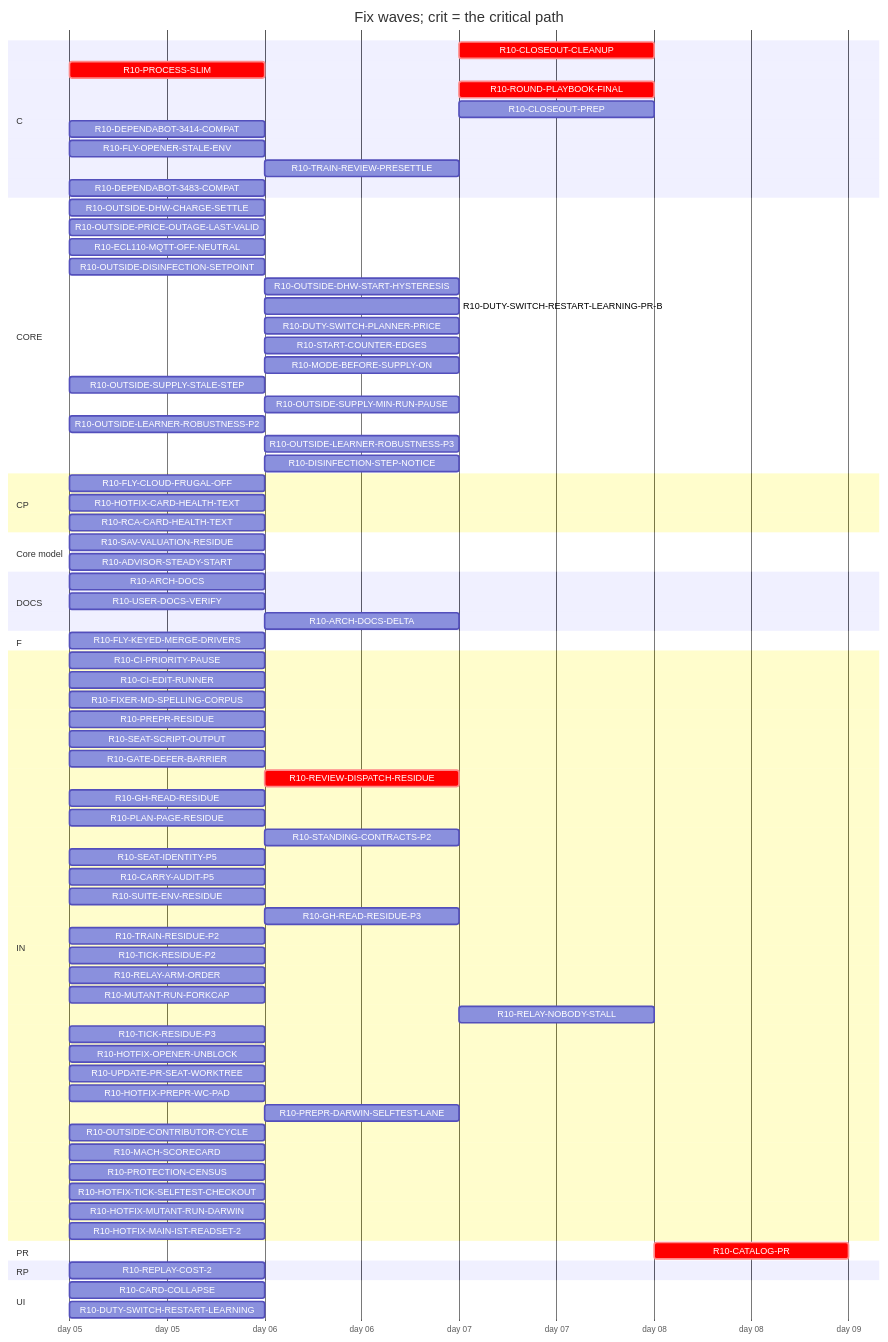
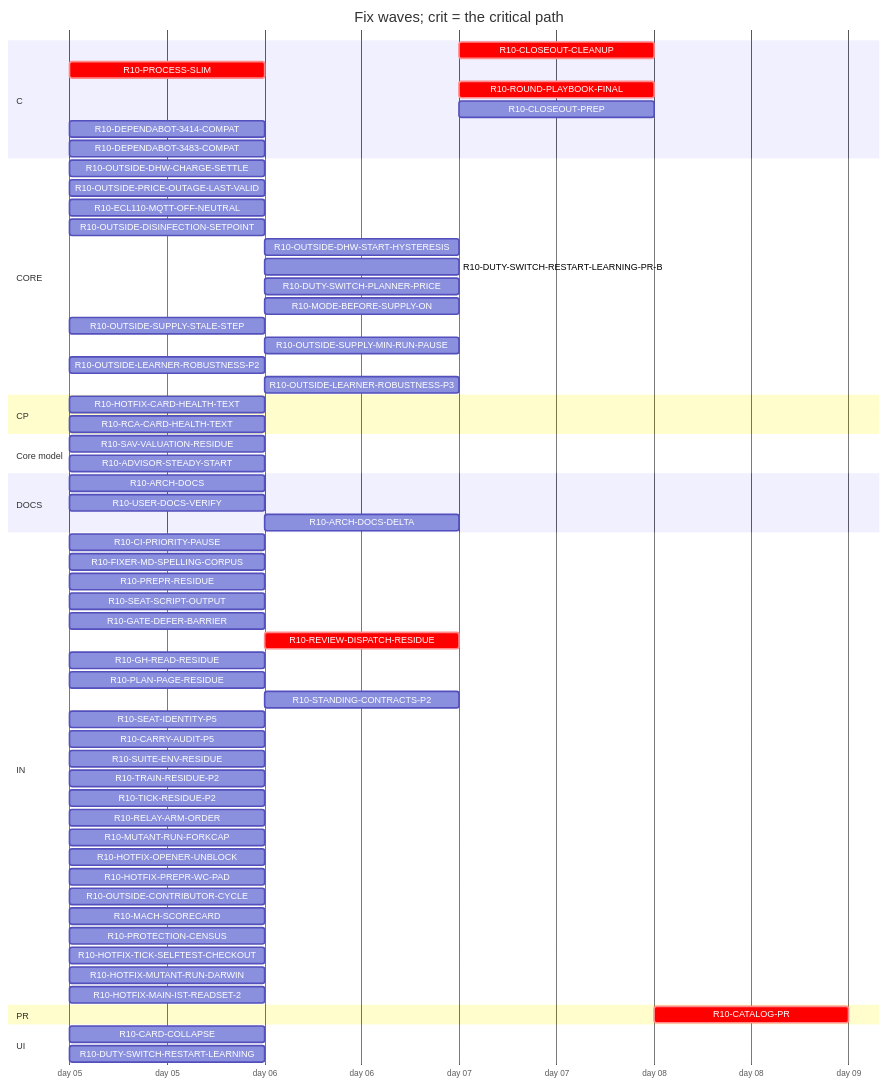
The diagram in handoff/round10/state/PLAN-TABLE.md (tvofi/heatpump_optimizer), drawn with Mermaid before and after one commit. The commit also changed other lines of this file and 3 other files, not shown here.

Commit message:
state: FLOW-BOARD.md, NEXT-SESSION-PROMPT.md, PLAN-TABLE.md, RESUME-CURRENT.md regenerated (state_docs.py)

````diff
--- a/handoff/round10/state/PLAN-TABLE.md
+++ b/handoff/round10/state/PLAN-TABLE.md
@@ -23,81 +21,66 @@
 ```mermaid
 gantt
   title Fix waves; crit = the critical path
   dateFormat YYYY-MM-DD
   axisFormat day %d
   section C
     R10-CLOSEOUT-CLEANUP :crit, r10CLOSEOUTCLEANUP, after r10ARCHDOCS r10USERDOCSVERIFY r10ROUNDPLAYBOOKFINAL r10CLOSEOUTPREP r10ARCHDOCSDELTA, 1d
     R10-PROCESS-SLIM :crit, r10PROCESSSLIM, 2026-01-05, 1d
     R10-ROUND-PLAYBOOK-FINAL :crit, r10ROUNDPLAYBOOKFINAL, after r10PROCESSSLIM r10FIXERMDSPELLINGCORPUS r10PREPRRESIDUE r10SEATSCRIPTOUTPUT r10REVIEWDISPATCHRESIDUE r10CARRYAUDITP5 r10SEATIDENTITYP5 r10STANDINGCONTRACTSP2 r10PLANPAGERESIDUE r10GHREADRESIDUE r10SUITEENVRESIDUE r10GATEDEFERBARRIER, 1d
     R10-CLOSEOUT-PREP :r10CLOSEOUTPREP, after r10ARCHDOCS r10PROCESSSLIM r10FIXERMDSPELLINGCORPUS r10PREPRRESIDUE r10SEATSCRIPTOUTPUT r10REVIEWDISPATCHRESIDUE r10CARRYAUDITP5 r10SEATIDENTITYP5 r10STANDINGCONTRACTSP2 r10PLANPAGERESIDUE r10GHREADRESIDUE r10SUITEENVRESIDUE r10GATEDEFERBARRIER, 1d
     R10-DEPENDABOT-3414-COMPAT :r10DEPENDABOT3414COMPAT, 2026-01-05, 1d
-    R10-FLY-OPENER-STALE-ENV :r10FLYOPENERSTALEENV, 2026-01-05, 1d
-    R10-TRAIN-REVIEW-PRESETTLE :r10TRAINREVIEWPRESETTLE, after r10TRAINRESIDUEP2, 1d
     R10-DEPENDABOT-3483-COMPAT :r10DEPENDABOT3483COMPAT, 2026-01-05, 1d
   section CORE
     R10-OUTSIDE-DHW-CHARGE-SETTLE :r10OUTSIDEDHWCHARGESETTLE, 2026-01-05, 1d
     R10-OUTSIDE-PRICE-OUTAGE-LAST-VALID :r10OUTSIDEPRICEOUTAGELASTVALID, 2026-01-05, 1d
     R10-ECL110-MQTT-OFF-NEUTRAL :r10ECL110MQTTOFFNEUTRAL, 2026-01-05, 1d
     R10-OUTSIDE-DISINFECTION-SETPOINT :r10OUTSIDEDISINFECTIONSETPOINT, 2026-01-05, 1d
     R10-OUTSIDE-DHW-START-HYSTERESIS :r10OUTSIDEDHWSTARTHYSTERESIS, after r10OUTSIDEDISINFECTIONSETPOINT, 1d
     R10-DUTY-SWITCH-RESTART-LEARNING-PR-B :r10DUTYSWITCHRESTARTLEARNINGPRB, after r10DUTYSWITCHRESTARTLEARNING, 1d
     R10-DUTY-SWITCH-PLANNER-PRICE :r10DUTYSWITCHPLANNERPRICE, after r10DUTYSWITCHRESTARTLEARNING, 1d
-    R10-START-COUNTER-EDGES :r10STARTCOUNTEREDGES, after r10DUTYSWITCHRESTARTLEARNING, 1d
     R10-MODE-BEFORE-SUPPLY-ON :r10MODEBEFORESUPPLYON, after r10DUTYSWITCHRESTARTLEARNING, 1d
     R10-OUTSIDE-SUPPLY-STALE-STEP :r10OUTSIDESUPPLYSTALESTEP, 2026-01-05, 1d
     R10-OUTSIDE-SUPPLY-MIN-RUN-PAUSE :r10OUTSIDESUPPLYMINRUNPAUSE, after r10OUTSIDESUPPLYSTALESTEP, 1d
     R10-OUTSIDE-LEARNER-ROBUSTNESS-P2 :r10OUTSIDELEARNERROBUSTNESSP2, 2026-01-05, 1d
     R10-OUTSIDE-LEARNER-ROBUSTNESS-P3 :r10OUTSIDELEARNERROBUSTNESSP3, after r10OUTSIDELEARNERROBUSTNESSP2, 1d
-    R10-DISINFECTION-STEP-NOTICE :r10DISINFECTIONSTEPNOTICE, after r10OUTSIDEDISINFECTIONSETPOINT, 1d
   section CP
-    R10-FLY-CLOUD-FRUGAL-OFF :r10FLYCLOUDFRUGALOFF, 2026-01-05, 1d
     R10-HOTFIX-CARD-HEALTH-TEXT :r10HOTFIXCARDHEALTHTEXT, 2026-01-05, 1d
     R10-RCA-CARD-HEALTH-TEXT :r10RCACARDHEALTHTEXT, 2026-01-05, 1d
   section Core model
     R10-SAV-VALUATION-RESIDUE :r10SAVVALUATIONRESIDUE, 2026-01-05, 1d
     R10-ADVISOR-STEADY-START :r10ADVISORSTEADYSTART, 2026-01-05, 1d
   section DOCS
     R10-ARCH-DOCS :r10ARCHDOCS, 2026-01-05, 1d
     R10-USER-DOCS-VERIFY :r10USERDOCSVERIFY, 2026-01-05, 1d
     R10-ARCH-DOCS-DELTA :r10ARCHDOCSDELTA, after r10ARCHDOCS r10SAVVALUATIONRESIDUE r10ADVISORSTEADYSTART r10PROCESSSLIM, 1d
-  section F
-    R10-FLY-KEYED-MERGE-DRIVERS :r10FLYKEYEDMERGEDRIVERS, 2026-01-05, 1d
   section IN
     R10-CI-PRIORITY-PAUSE :r10CIPRIORITYPAUSE, 2026-01-05, 1d
-    R10-CI-EDIT-RUNNER :r10CIEDITRUNNER, 2026-01-05, 1d
     R10-FIXER-MD-SPELLING-CORPUS :r10FIXERMDSPELLINGCORPUS, 2026-01-05, 1d
     R10-PREPR-RESIDUE :r10PREPRRESIDUE, 2026-01-05, 1d
     R10-SEAT-SCRIPT-OUTPUT :r10SEATSCRIPTOUTPUT, 2026-01-05, 1d
     R10-GATE-DEFER-BARRIER :r10GATEDEFERBARRIER, 2026-01-05, 1d
     R10-REVIEW-DISPATCH-RESIDUE :crit, r10REVIEWDISPATCHRESIDUE, after r10PROCESSSLIM, 1d
     R10-GH-READ-RESIDUE :r10GHREADRESIDUE, 2026-01-05, 1d
     R10-PLAN-PAGE-RESIDUE :r10PLANPAGERESIDUE, 2026-01-05, 1d
     R10-STANDING-CONTRACTS-P2 :r10STANDINGCONTRACTSP2, after r10FIXERMDSPELLINGCORPUS, 1d
     R10-SEAT-IDENTITY-P5 :r10SEATIDENTITYP5, 2026-01-05, 1d
     R10-CARRY-AUDIT-P5 :r10CARRYAUDITP5, 2026-01-05, 1d
     R10-SUITE-ENV-RESIDUE :r10SUITEENVRESIDUE, 2026-01-05, 1d
-    R10-GH-READ-RESIDUE-P3 :r10GHREADRESIDUEP3, after r10GHREADRESIDUE, 1d
     R10-TRAIN-RESIDUE-P2 :r10TRAINRESIDUEP2, 2026-01-05, 1d
     R10-TICK-RESIDUE-P2 :r10TICKRESIDUEP2, 2026-01-05, 1d
     R10-RELAY-ARM-ORDER :r10RELAYARMORDER, 2026-01-05, 1d
     R10-MUTANT-RUN-FORKCAP :r10MUTANTRUNFORKCAP, 2026-01-05, 1d
-    R10-RELAY-NOBODY-STALL :r10RELAYNOBODYSTALL, after r10RELAYARMORDER r10REVIEWDISPATCHRESIDUE, 1d
-    R10-TICK-RESIDUE-P3 :r10TICKRESIDUEP3, 2026-01-05, 1d
     R10-HOTFIX-OPENER-UNBLOCK :r10HOTFIXOPENERUNBLOCK, 2026-01-05, 1d
-    R10-UPDATE-PR-SEAT-WORKTREE :r10UPDATEPRSEATWORKTREE, 2026-01-05, 1d
     R10-HOTFIX-PREPR-WC-PAD :r10HOTFIXPREPRWCPAD, 2026-01-05, 1d
-    R10-PREPR-DARWIN-SELFTEST-LANE :r10PREPRDARWINSELFTESTLANE, after r10HOTFIXPREPRWCPAD, 1d
     R10-OUTSIDE-CONTRIBUTOR-CYCLE :r10OUTSIDECONTRIBUTORCYCLE, 2026-01-05, 1d
     R10-MACH-SCORECARD :r10MACHSCORECARD, 2026-01-05, 1d
     R10-PROTECTION-CENSUS :r10PROTECTIONCENSUS, 2026-01-05, 1d
     R10-HOTFIX-TICK-SELFTEST-CHECKOUT :r10HOTFIXTICKSELFTESTCHECKOUT, 2026-01-05, 1d
     R10-HOTFIX-MUTANT-RUN-DARWIN :r10HOTFIXMUTANTRUNDARWIN, 2026-01-05, 1d
     R10-HOTFIX-MAIN-IST-READSET-2 :r10HOTFIXMAINISTREADSET2, 2026-01-05, 1d
   section PR
     R10-CATALOG-PR :crit, r10CATALOGPR, after r10USERDOCSVERIFY r10ARCHDOCS r10ROUNDPLAYBOOKFINAL r10CLOSEOUTCLEANUP r10CLOSEOUTPREP r10ARCHDOCSDELTA, 1d
-  section RP
-    R10-REPLAY-COST-2 :r10REPLAYCOST2, 2026-01-05, 1d
   section UI
     R10-CARD-COLLAPSE :r10CARDCOLLAPSE, 2026-01-05, 1d
     R10-DUTY-SWITCH-RESTART-LEARNING :r10DUTYSWITCHRESTARTLEARNING, 2026-01-05, 1d
 ```
````
